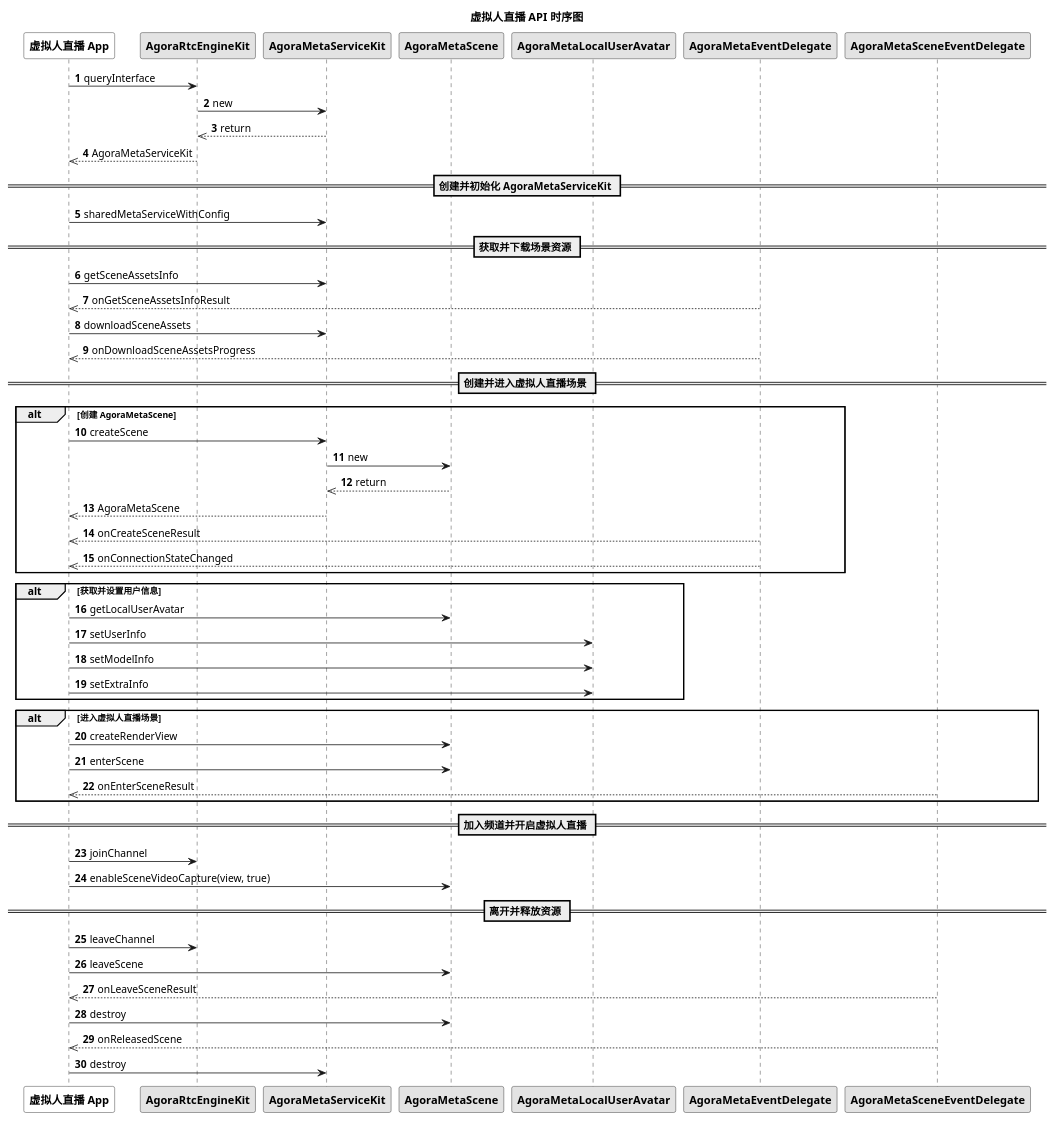
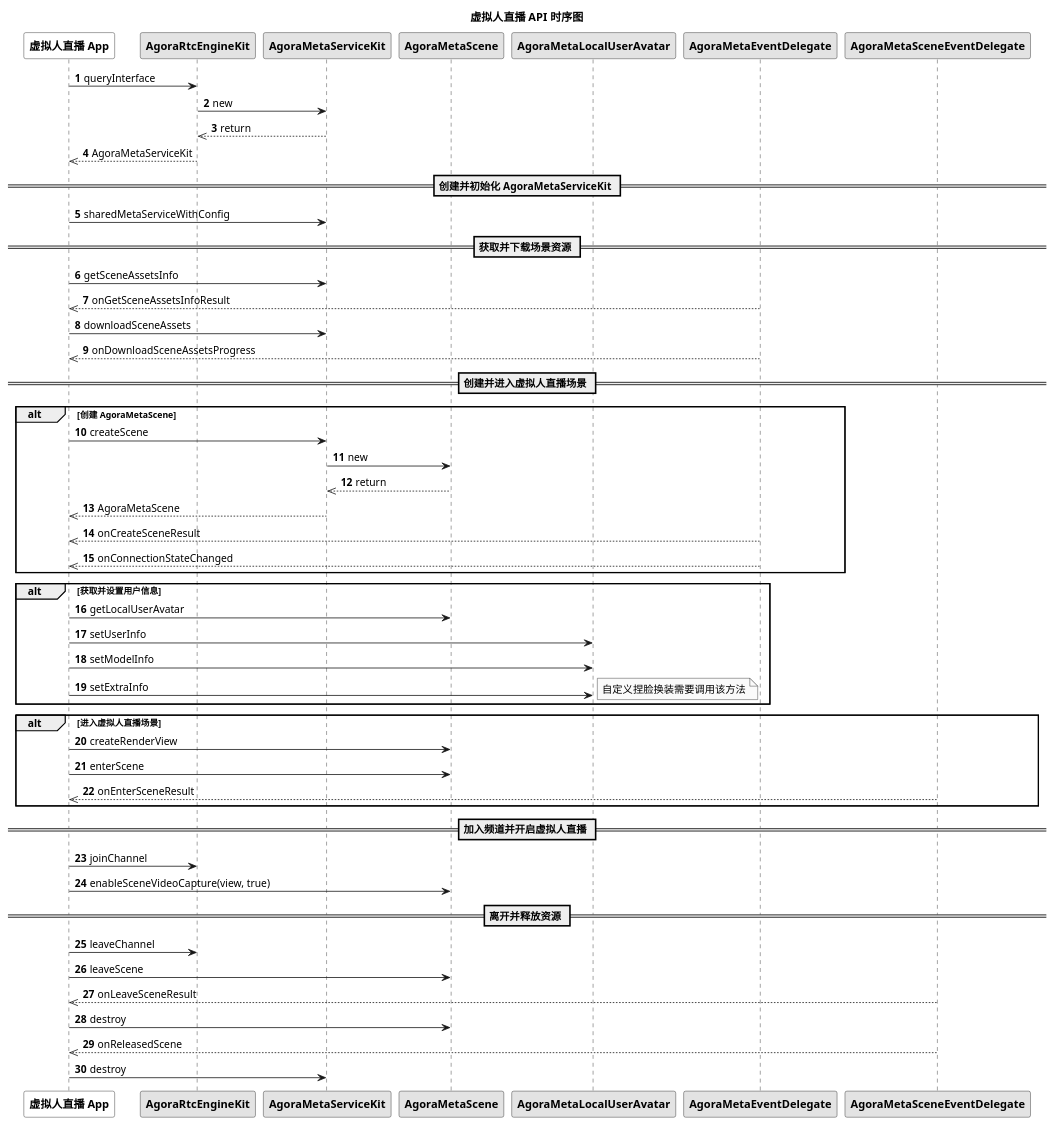
The diagram in markdown/metaworld/pic/ios_ml_api.wsd (AgoraIO/agora_doc_source), drawn with PlantUML before and after one commit. The commit also changed 1 other file, not shown here.

Commit message:
update sequence diagram

```diff
--- a/markdown/metaworld/pic/ios_ml_api.wsd
+++ b/markdown/metaworld/pic/ios_ml_api.wsd
@@ -1,55 +1,58 @@
 @startuml
 autonumber
 skinparam monochrome true
 
 title 虚拟人直播 API 时序图
 participant "<b>虚拟人直播 App</b>" as app #White
 participant "<b>AgoraRtcEngineKit</b>" as rtc
 participant "<b>AgoraMetaServiceKit</b>" as service
 participant "<b>AgoraMetaScene</b>" as scene
 participant "<b>AgoraMetaLocalUserAvatar</b>" as avatar
 participant "<b>AgoraMetaEventDelegate</b>" as serviceevent
 participant "<b>AgoraMetaSceneEventDelegate</b>" as sceneevent
 
 app -> rtc: queryInterface
 rtc -> service: new
 service -->> rtc: return
 rtc -->> app: AgoraMetaServiceKit
 == 创建并初始化 AgoraMetaServiceKit ==
 app -> service: sharedMetaServiceWithConfig
 == 获取并下载场景资源 ==
 app -> service: getSceneAssetsInfo
 serviceevent -->> app: onGetSceneAssetsInfoResult
 app -> service: downloadSceneAssets
 serviceevent -->> app: onDownloadSceneAssetsProgress
 == 创建并进入虚拟人直播场景 ==
 alt 创建 AgoraMetaScene
 app -> service: createScene
 service -> scene: new
 scene -->> service: return
 service -->> app: AgoraMetaScene
 serviceevent -->> app: onCreateSceneResult
 serviceevent -->> app: onConnectionStateChanged
 end
 alt 获取并设置用户信息
 app -> scene: getLocalUserAvatar
 app -> avatar: setUserInfo
 app -> avatar: setModelInfo
 app -> avatar: setExtraInfo
+note right
+自定义捏脸换装需要调用该方法
+end note
 end
 alt 进入虚拟人直播场景
 app -> scene: createRenderView
 app -> scene: enterScene
 sceneevent -->> app: onEnterSceneResult
 end
 == 加入频道并开启虚拟人直播 ==
 app -> rtc: joinChannel
 app -> scene: enableSceneVideoCapture(view, true)
 == 离开并释放资源 ==
 app -> rtc: leaveChannel
 app -> scene: leaveScene
 sceneevent -->> app: onLeaveSceneResult
 app -> scene: destroy
 sceneevent -->> app: onReleasedScene
 app -> service: destroy
 @enduml
```
